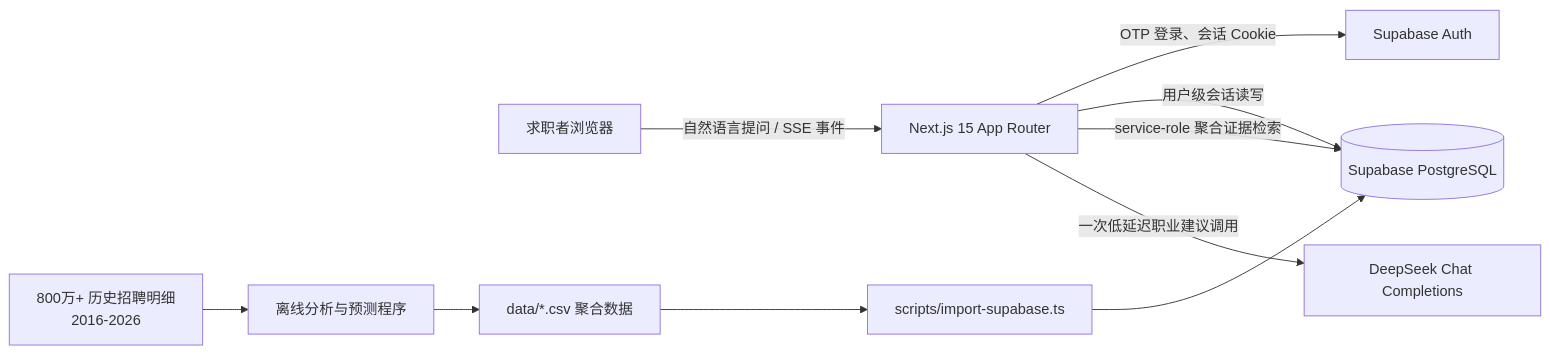
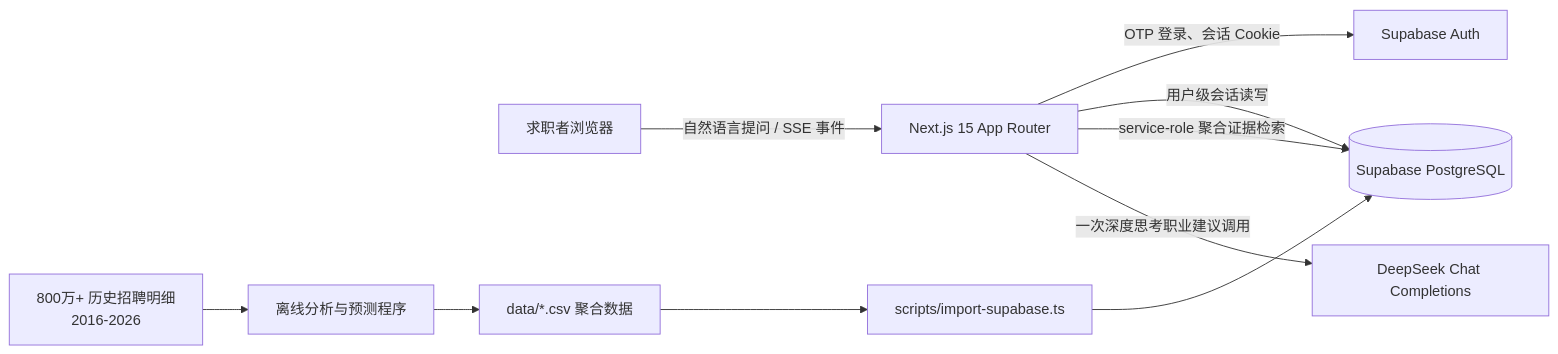
One commit to sunny20060815/career_vector changed the first of 2 diagrams in docs/PROJECT_ARCHITECTURE.md. Above: the diagram before and after it, drawn with Mermaid. The commit also changed other lines of this file and 19 other files, not shown here.

````diff
--- a/docs/PROJECT_ARCHITECTURE.md
+++ b/docs/PROJECT_ARCHITECTURE.md
@@ -19,13 +19,13 @@
 ```mermaid
 flowchart LR
   U[求职者浏览器] -->|自然语言提问 / SSE 事件| W[Next.js 15 App Router]
   W -->|OTP 登录、会话 Cookie| SA[Supabase Auth]
   W -->|用户级会话读写| SP[(Supabase PostgreSQL)]
   W -->|service-role 聚合证据检索| SP
-  W -->|一次低延迟职业建议调用| DS[DeepSeek Chat Completions]
+  W -->|一次深度思考职业建议调用| DS[DeepSeek Chat Completions]
 
   RAW[800万+ 历史招聘明细\n2016-2026] --> OFF[离线分析与预测程序]
   OFF --> CSV[data/*.csv 聚合数据]
   CSV --> IMP[scripts/import-supabase.ts]
   IMP --> SP
 ```
````
